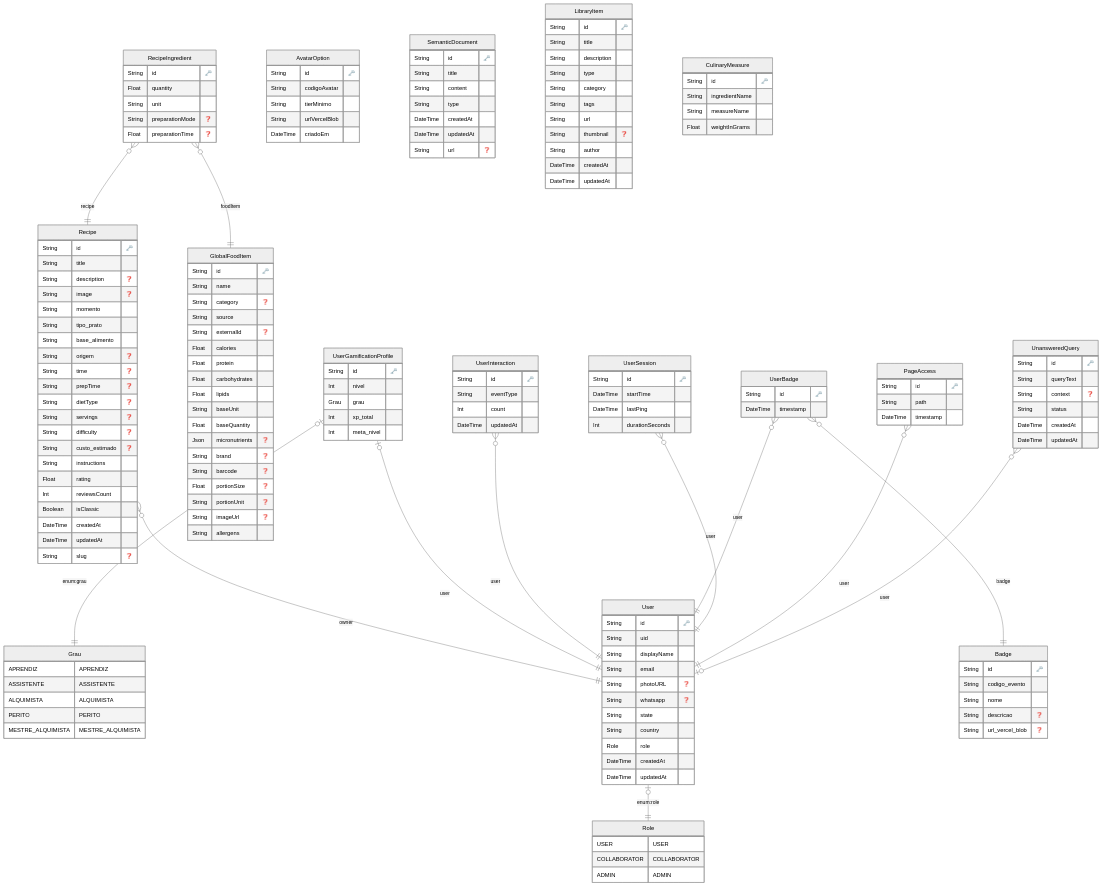
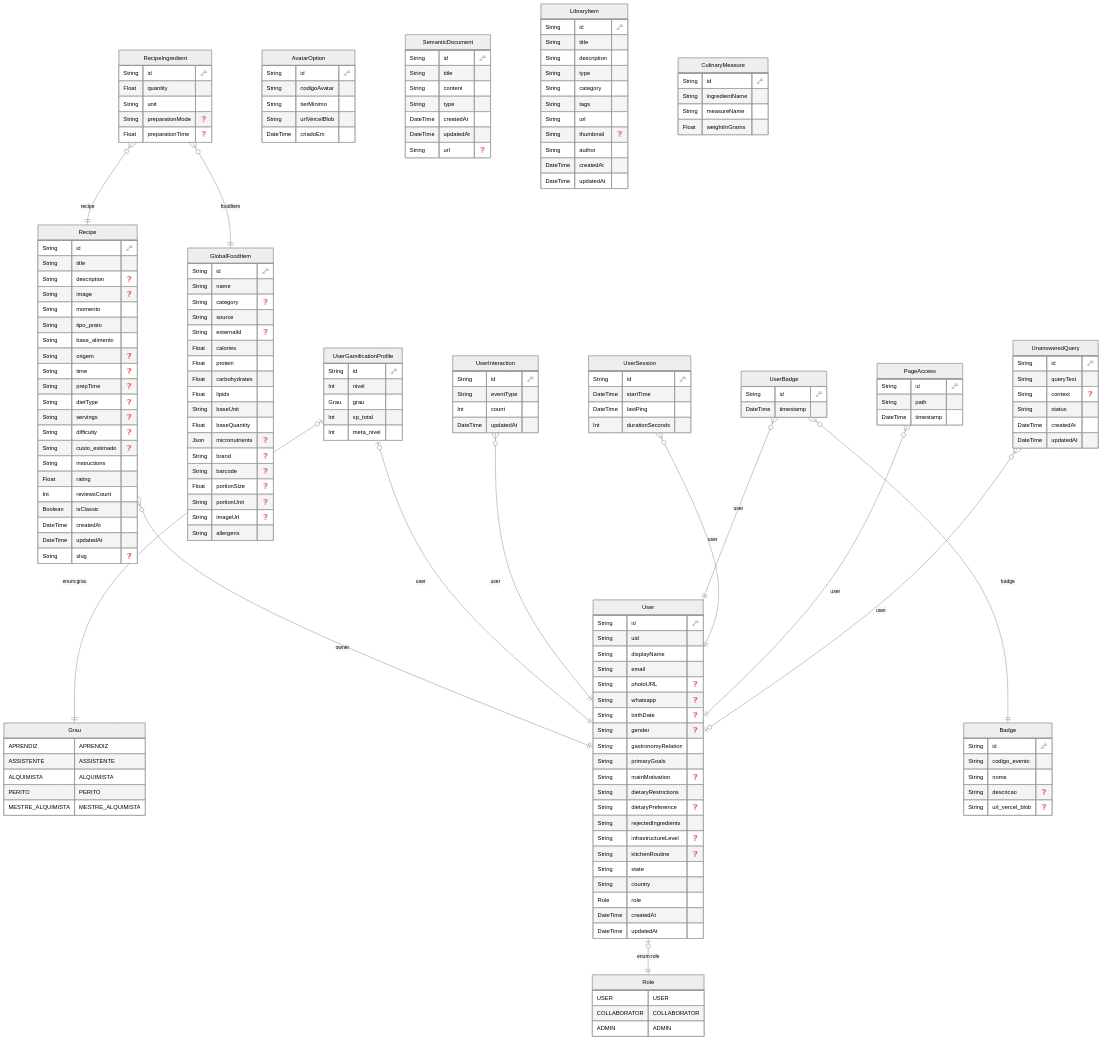
The diagram in specs/ERD.md (Sarge2024/alchemist), drawn with Mermaid (neutral theme) before and after one commit. The commit also changed 1 other file, not shown here.

Commit message:
feat: add comprehensive user profile fields to Prisma schema and ERD documentation

```diff
--- a/specs/ERD.md
+++ b/specs/ERD.md
@@ -24,6 +24,16 @@
     String email 
     String photoURL "❓"
     String whatsapp "❓"
+    String birthDate "❓"
+    String gender "❓"
+    String gastronomyRelation 
+    String primaryGoals 
+    String mainMotivation "❓"
+    String dietaryRestrictions 
+    String dietaryPreference "❓"
+    String rejectedIngredients 
+    String infrastructureLevel "❓"
+    String kitchenRoutine "❓"
     String state 
     String country 
     Role role 
```
